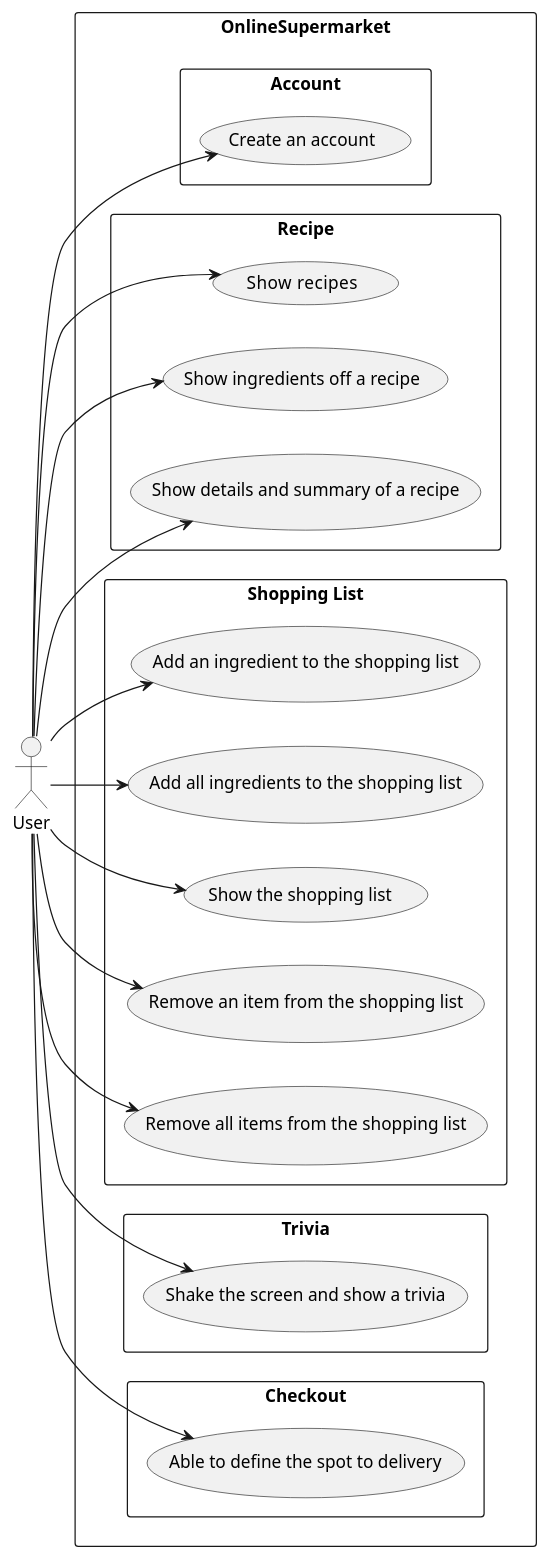
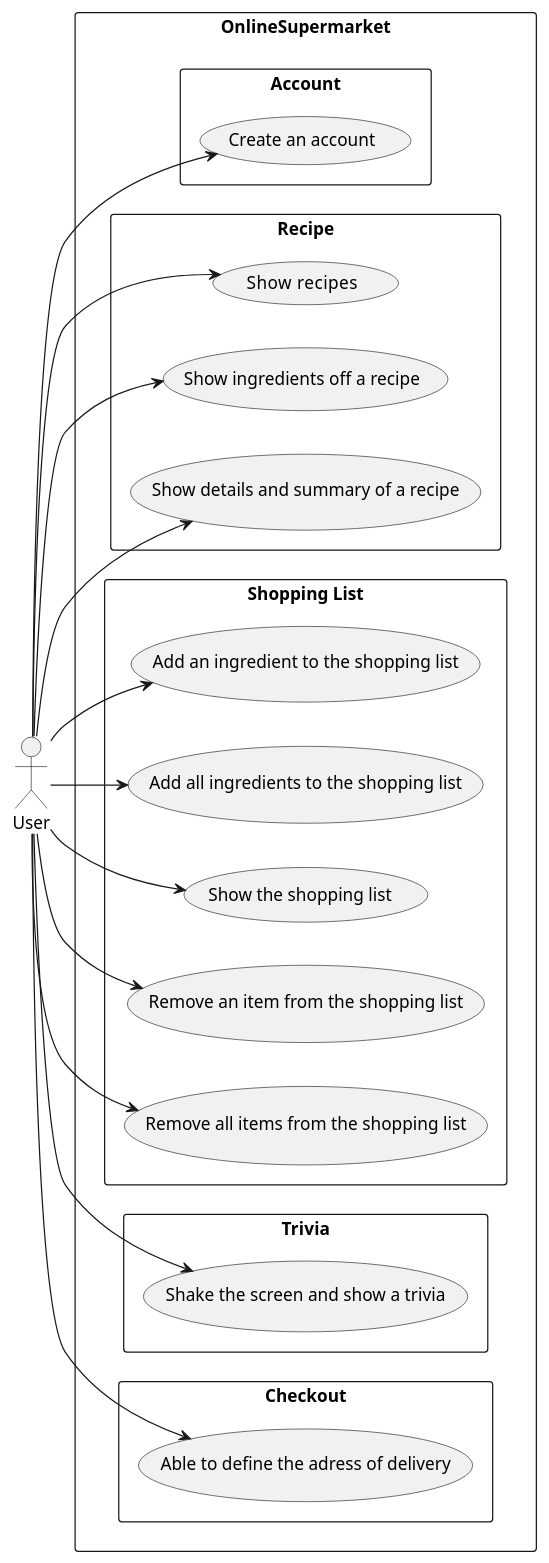
Before and after one commit to IsepMartimOliveira/DSSMV_ProjectReact_1181754: the diagram in OnlineSupertmarket/docs/UCD.puml, drawn with PlantUML. The commit also changed 4 other files, not shown here.

```diff
--- a/OnlineSupertmarket/docs/UCD.puml
+++ b/OnlineSupertmarket/docs/UCD.puml
@@ -1,37 +1,37 @@
 @startuml
 left to right direction
 
 actor User
 rectangle "OnlineSupermarket"{
 rectangle "Account" {
     User --> (Create an account)
 
 }
 
 rectangle "Recipe"{
 User --> (Show  recipes)
 User -->(Show ingredients off a recipe)
 User -->(Show details and summary of a recipe)
 
 }
 
 rectangle "Shopping List" {
 
     User -->(Add an ingredient to the shopping list)
     User -->(Add all ingredients to the shopping list)
 
     User -->(Show the shopping list )
     User -->(Remove an item from the shopping list)
     User -->(Remove all items from the shopping list)
 
 }
 
 rectangle "Trivia"{
 User-->(Shake the screen and show a trivia)
 }
 rectangle "Checkout"{
-User-->(Able to define the spot to delivery)
+User-->(Able to define the adress of delivery)
 }
 
 
 @enduml
```
